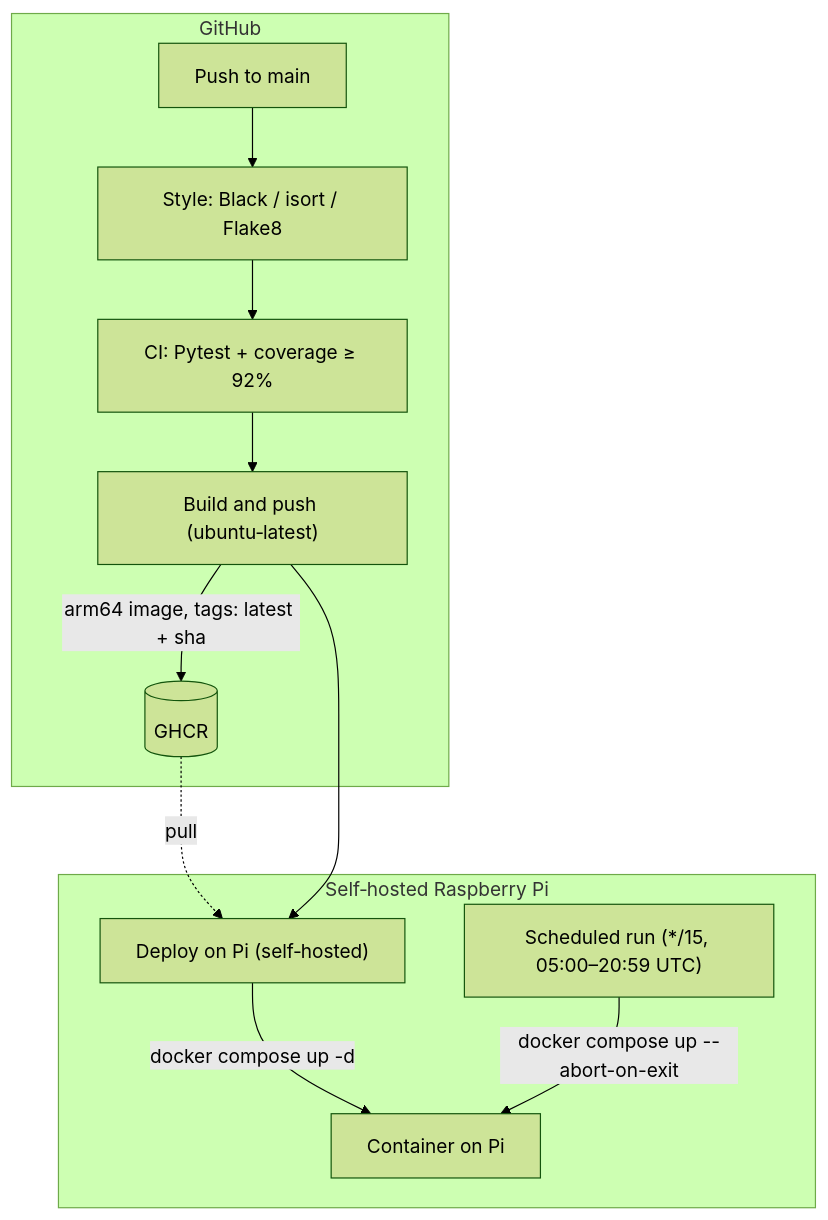
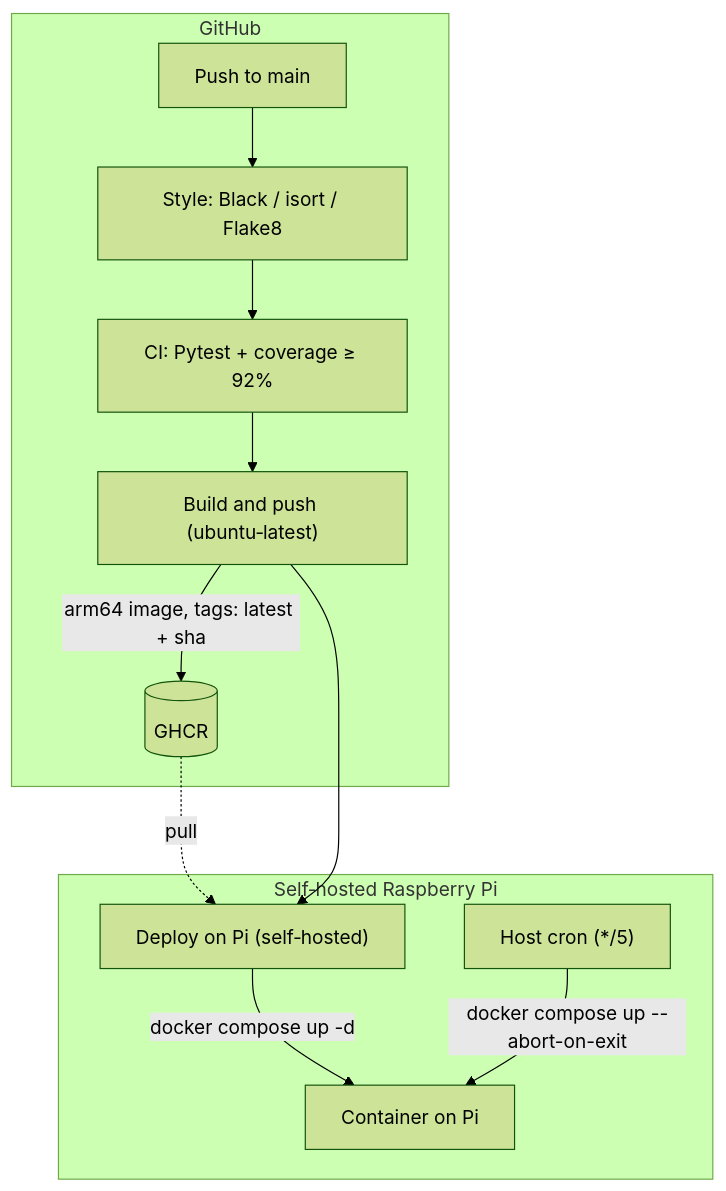
The third of 3 diagrams in architecture.md (breakfast-at-tiffanys/SPOTIFY-PLAYLIST-APP), drawn with Mermaid (forest theme) before and after one commit. The commit also changed other lines of this file and 5 other files, not shown here.

````diff
--- a/architecture.md
+++ b/architecture.md
@@ -185,20 +186,20 @@
 ```mermaid
 flowchart TB
   subgraph GitHub
     P["Push to main"] --> S["Style: Black / isort / Flake8"]
     S --> T["CI: Pytest + coverage ≥ 92%"]
     T --> B["Build and push (ubuntu‑latest)"]
     B -->|"arm64 image, tags: latest + sha"| GHCR[("GHCR")]
   end
 
   subgraph RaspberryPi["Self‑hosted Raspberry Pi"]
     E["Deploy on Pi (self‑hosted)"]
     R["Container on Pi"]
-    D["Scheduled run (*/15, 05:00–20:59 UTC)"]
+    D["Host cron (*/5)"]
   end
 
   GHCR -. "pull" .-> E
   B --> E
   E -->|"docker compose up -d"| R
   D -->|"docker compose up --abort-on-exit"| R
 ```
````
